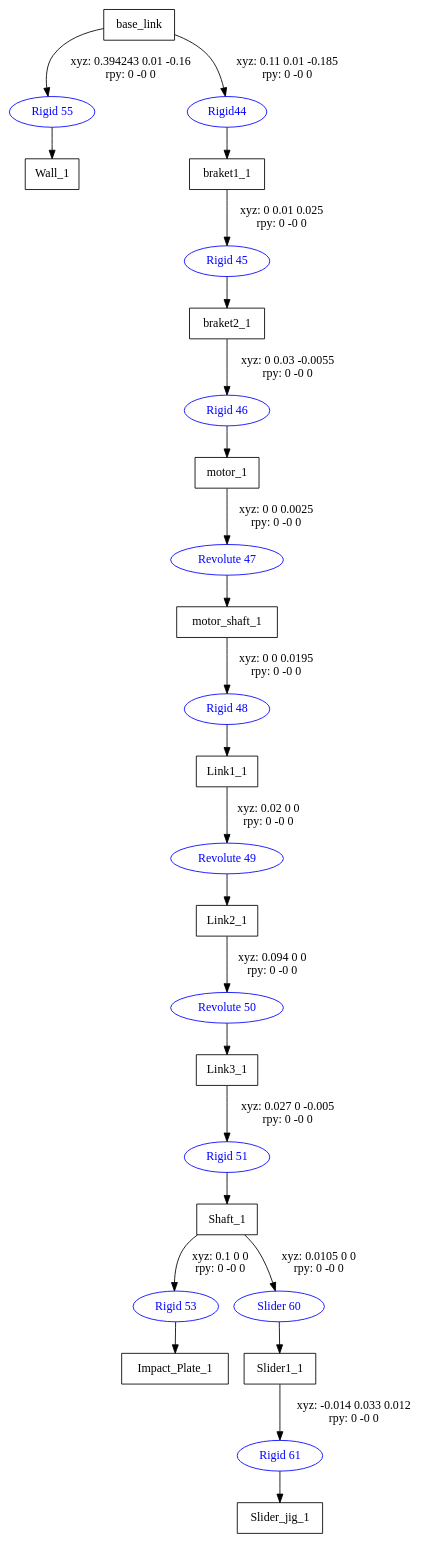
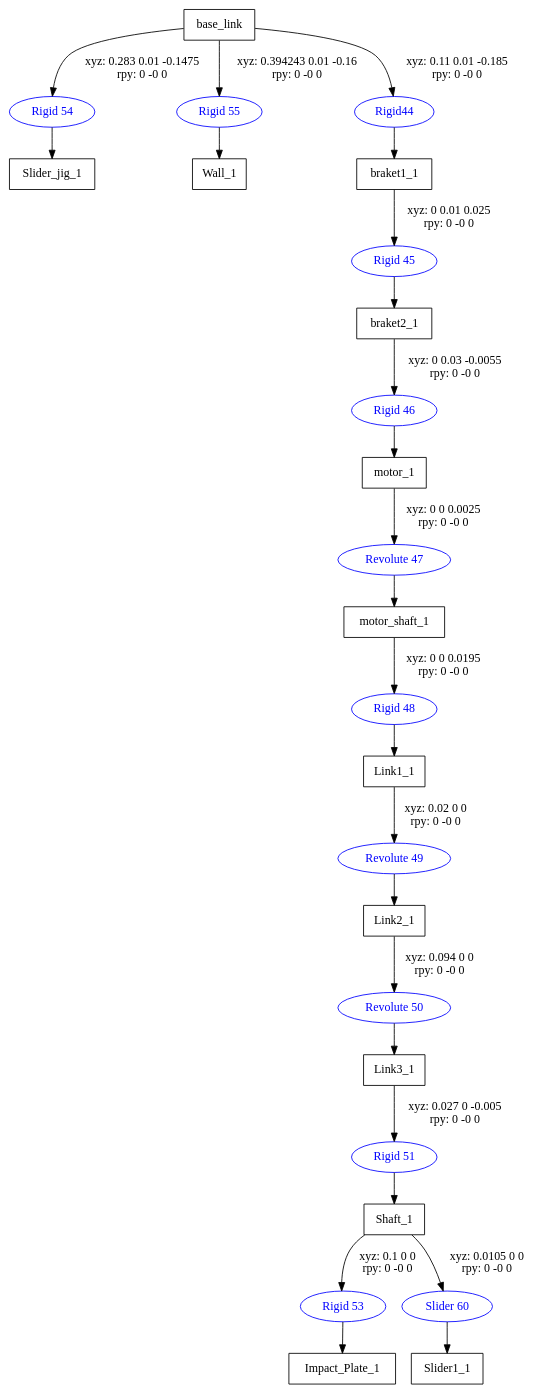
Before and after one commit to 55155/genesis_simulator_linux: the diagram in My_asset/Crank_slider_system_copy_description/urdf/Crank_slider_system_copy.gv, drawn with Graphviz. The commit also changed 88 other files, not shown here.

```diff
--- a/My_asset/Crank_slider_system_copy_description/urdf/Crank_slider_system_copy.gv
+++ b/My_asset/Crank_slider_system_copy_description/urdf/Crank_slider_system_copy.gv
@@ -1,41 +1,41 @@
 digraph G {
 node [shape=box];
 "base_link" [label="base_link"];
+"Slider_jig_1" [label="Slider_jig_1"];
 "Wall_1" [label="Wall_1"];
 "braket1_1" [label="braket1_1"];
 "braket2_1" [label="braket2_1"];
 "motor_1" [label="motor_1"];
 "motor_shaft_1" [label="motor_shaft_1"];
 "Link1_1" [label="Link1_1"];
 "Link2_1" [label="Link2_1"];
 "Link3_1" [label="Link3_1"];
 "Shaft_1" [label="Shaft_1"];
 "Impact_Plate_1" [label="Impact_Plate_1"];
 "Slider1_1" [label="Slider1_1"];
-"Slider_jig_1" [label="Slider_jig_1"];
 node [shape=ellipse, color=blue, fontcolor=blue];
+"base_link" -> "Rigid 54" [label="xyz: 0.283 0.01 -0.1475 \nrpy: 0 -0 0"]
+"Rigid 54" -> "Slider_jig_1"
 "base_link" -> "Rigid 55" [label="xyz: 0.394243 0.01 -0.16 \nrpy: 0 -0 0"]
 "Rigid 55" -> "Wall_1"
 "base_link" -> "Rigid44" [label="xyz: 0.11 0.01 -0.185 \nrpy: 0 -0 0"]
 "Rigid44" -> "braket1_1"
 "braket1_1" -> "Rigid 45" [label="xyz: 0 0.01 0.025 \nrpy: 0 -0 0"]
 "Rigid 45" -> "braket2_1"
 "braket2_1" -> "Rigid 46" [label="xyz: 0 0.03 -0.0055 \nrpy: 0 -0 0"]
 "Rigid 46" -> "motor_1"
 "motor_1" -> "Revolute 47" [label="xyz: 0 0 0.0025 \nrpy: 0 -0 0"]
 "Revolute 47" -> "motor_shaft_1"
 "motor_shaft_1" -> "Rigid 48" [label="xyz: 0 0 0.0195 \nrpy: 0 -0 0"]
 "Rigid 48" -> "Link1_1"
 "Link1_1" -> "Revolute 49" [label="xyz: 0.02 0 0 \nrpy: 0 -0 0"]
 "Revolute 49" -> "Link2_1"
 "Link2_1" -> "Revolute 50" [label="xyz: 0.094 0 0 \nrpy: 0 -0 0"]
 "Revolute 50" -> "Link3_1"
 "Link3_1" -> "Rigid 51" [label="xyz: 0.027 0 -0.005 \nrpy: 0 -0 0"]
 "Rigid 51" -> "Shaft_1"
 "Shaft_1" -> "Rigid 53" [label="xyz: 0.1 0 0 \nrpy: 0 -0 0"]
 "Rigid 53" -> "Impact_Plate_1"
 "Shaft_1" -> "Slider 60" [label="xyz: 0.0105 0 0 \nrpy: 0 -0 0"]
 "Slider 60" -> "Slider1_1"
-"Slider1_1" -> "Rigid 61" [label="xyz: -0.014 0.033 0.012 \nrpy: 0 -0 0"]
-"Rigid 61" -> "Slider_jig_1"
 }
```
